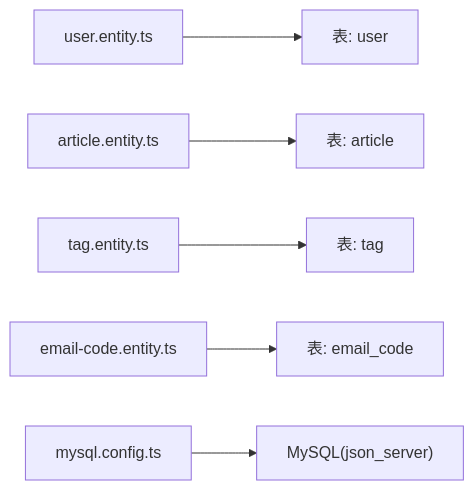
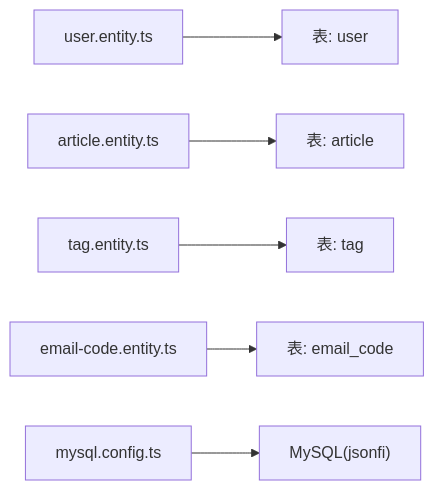
The fourth of 4 diagrams in .qoder/repowiki/zh/content/数据库设计.md (JsonFish/json-server), drawn with Mermaid before and after one commit. The commit also changed other lines of this file and 52 other files, not shown here.

````diff
--- a/.qoder/repowiki/zh/content/数据库设计.md
+++ b/.qoder/repowiki/zh/content/数据库设计.md
@@ -262,8 +268,8 @@
 ```mermaid
 graph LR
 UserEntity["user.entity.ts"] --> DB_User["表: user"]
 ArticleEntity["article.entity.ts"] --> DB_Article["表: article"]
 TagEntity["tag.entity.ts"] --> DB_Tag["表: tag"]
 EmailCodeEntity["email-code.entity.ts"] --> DB_EmailCode["表: email_code"]
-MysqlConfig["mysql.config.ts"] --> DB["MySQL(json_server)"]
+MysqlConfig["mysql.config.ts"] --> DB["MySQL(jsonfi)"]
 ```
````
